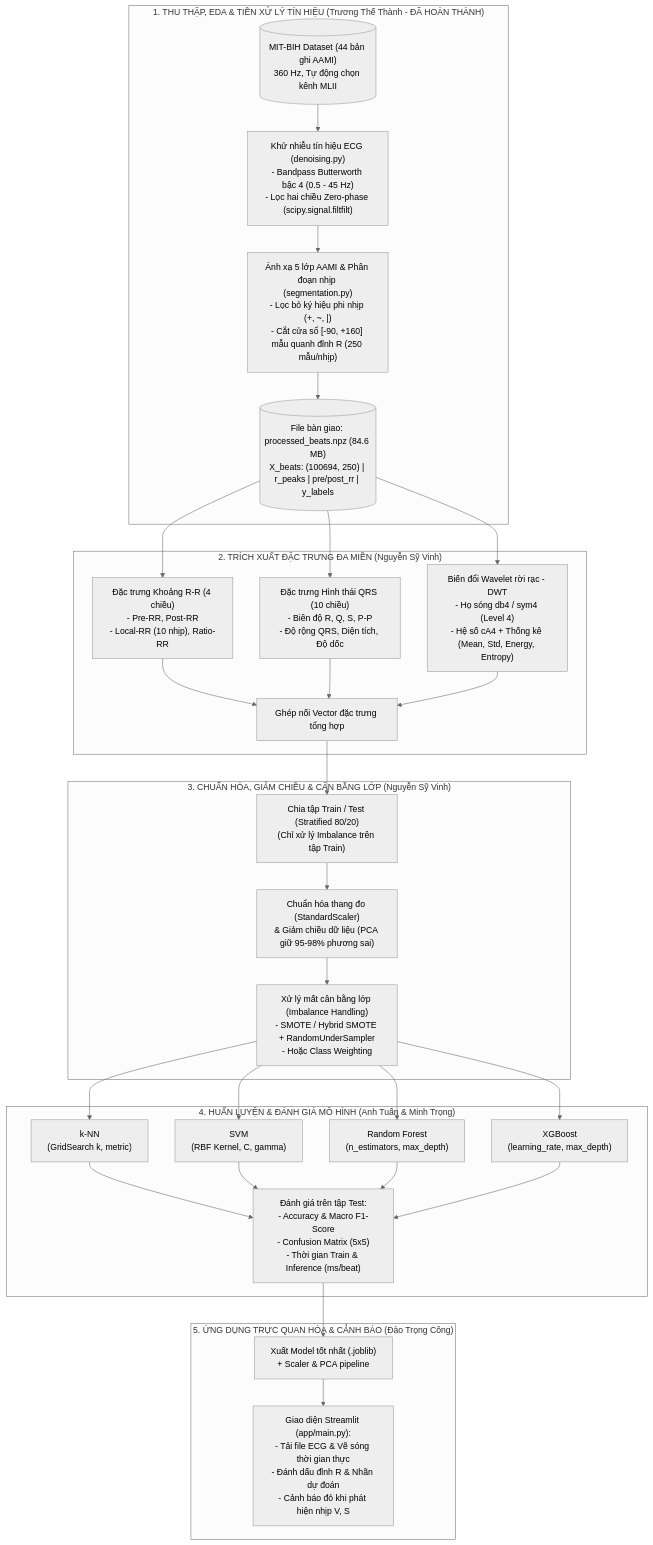
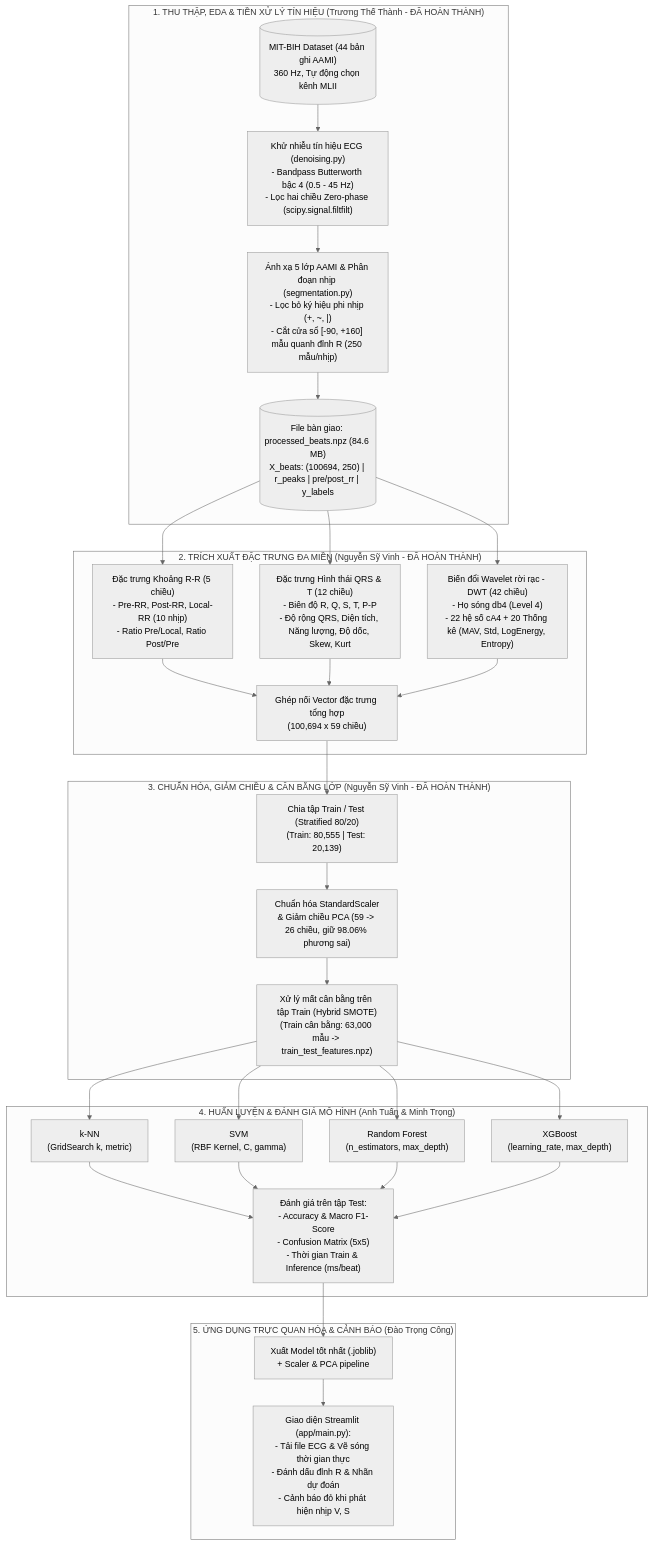
The diagram in overview.md (truntain/ECG-Arrhythmia-Classification), drawn with Mermaid (neutral theme) before and after one commit. The commit also changed other lines of this file and 6 other files, not shown here.

Commit message:
feat(features): implement RR, QRS morphology, Wavelet DWT, PCA, and Hybrid SMOTE (Module 2 - Vinh)

````diff
--- a/overview.md
+++ b/overview.md
@@ -62,34 +62,34 @@
 ```mermaid
 flowchart TD
     subgraph A ["1. THU THẬP, EDA & TIỀN XỬ LÝ TÍN HIỆU (Trương Thế Thành - ĐÃ HOÀN THÀNH)"]
         A1[("MIT-BIH Dataset (44 bản ghi AAMI)\n360 Hz, Tự động chọn kênh MLII")] --> A2["Khử nhiễu tín hiệu ECG (denoising.py)\n- Bandpass Butterworth bậc 4 (0.5 - 45 Hz)\n- Lọc hai chiều Zero-phase (scipy.signal.filtfilt)"]
         A2 --> A3["Ánh xạ 5 lớp AAMI & Phân đoạn nhịp (segmentation.py)\n- Lọc bỏ ký hiệu phi nhịp (+, ~, |)\n- Cắt cửa sổ [-90, +160] mẫu quanh đỉnh R (250 mẫu/nhịp)"]
         A3 --> A4[("File bàn giao: processed_beats.npz (84.6 MB)\nX_beats: (100694, 250) | r_peaks | pre/post_rr | y_labels")]
     end
 
-    subgraph B ["2. TRÍCH XUẤT ĐẶC TRƯNG ĐA MIỀN (Nguyễn Sỹ Vinh)"]
-        A4 --> B1["Đặc trưng Khoảng R-R (4 chiều)\n- Pre-RR, Post-RR\n- Local-RR (10 nhịp), Ratio-RR"]
-        A4 --> B2["Đặc trưng Hình thái QRS (10 chiều)\n- Biên độ R, Q, S, P-P\n- Độ rộng QRS, Diện tích, Độ dốc"]
-        A4 --> B3["Biến đổi Wavelet rời rạc - DWT\n- Họ sóng db4 / sym4 (Level 4)\n- Hệ số cA4 + Thống kê (Mean, Std, Energy, Entropy)"]
-        B1 & B2 & B3 --> B4["Ghép nối Vector đặc trưng tổng hợp"]
+    subgraph B ["2. TRÍCH XUẤT ĐẶC TRƯNG ĐA MIỀN (Nguyễn Sỹ Vinh - ĐÃ HOÀN THÀNH)"]
+        A4 --> B1["Đặc trưng Khoảng R-R (5 chiều)\n- Pre-RR, Post-RR, Local-RR (10 nhịp)\n- Ratio Pre/Local, Ratio Post/Pre"]
+        A4 --> B2["Đặc trưng Hình thái QRS & T (12 chiều)\n- Biên độ R, Q, S, T, P-P\n- Độ rộng QRS, Diện tích, Năng lượng, Độ dốc, Skew, Kurt"]
+        A4 --> B3["Biến đổi Wavelet rời rạc - DWT (42 chiều)\n- Họ sóng db4 (Level 4)\n- 22 hệ số cA4 + 20 Thống kê (MAV, Std, LogEnergy, Entropy)"]
+        B1 & B2 & B3 --> B4["Ghép nối Vector đặc trưng tổng hợp\n(100,694 x 59 chiều)"]
     end
 
-    subgraph C ["3. CHUẨN HÓA, GIẢM CHIỀU & CÂN BẰNG LỚP (Nguyễn Sỹ Vinh)"]
-        B4 --> C1["Chia tập Train / Test (Stratified 80/20)\n(Chỉ xử lý Imbalance trên tập Train)"]
-        C1 --> C2["Chuẩn hóa thang đo (StandardScaler)\n& Giảm chiều dữ liệu (PCA giữ 95-98% phương sai)"]
-        C2 --> C3["Xử lý mất cân bằng lớp (Imbalance Handling)\n- SMOTE / Hybrid SMOTE + RandomUnderSampler\n- Hoặc Class Weighting"]
+    subgraph C ["3. CHUẨN HÓA, GIẢM CHIỀU & CÂN BẰNG LỚP (Nguyễn Sỹ Vinh - ĐÃ HOÀN THÀNH)"]
+        B4 --> C1["Chia tập Train / Test (Stratified 80/20)\n(Train: 80,555 | Test: 20,139)"]
+        C1 --> C2["Chuẩn hóa StandardScaler\n& Giảm chiều PCA (59 -> 26 chiều, giữ 98.06% phương sai)"]
+        C2 --> C3["Xử lý mất cân bằng trên tập Train (Hybrid SMOTE)\n(Train cân bằng: 63,000 mẫu -> train_test_features.npz)"]
     end
 
     subgraph D ["4. HUẤN LUYỆN & ĐÁNH GIÁ MÔ HÌNH (Anh Tuấn & Minh Trọng)"]
         C3 --> D1["k-NN\n(GridSearch k, metric)"]
         C3 --> D2["SVM\n(RBF Kernel, C, gamma)"]
         C3 --> D3["Random Forest\n(n_estimators, max_depth)"]
         C3 --> D4["XGBoost\n(learning_rate, max_depth)"]
         D1 & D2 & D3 & D4 --> D5["Đánh giá trên tập Test:\n- Accuracy & Macro F1-Score\n- Confusion Matrix (5x5)\n- Thời gian Train & Inference (ms/beat)"]
     end
 
     subgraph E ["5. ỨNG DỤNG TRỰC QUAN HÓA & CẢNH BÁO (Đào Trọng Công)"]
         D5 --> E1["Xuất Model tốt nhất (.joblib)\n+ Scaler & PCA pipeline"]
         E1 --> E2["Giao diện Streamlit (app/main.py):\n- Tải file ECG & Vẽ sóng thời gian thực\n- Đánh dấu đỉnh R & Nhãn dự đoán\n- Cảnh báo đỏ khi phát hiện nhịp V, S"]
     end
 ```
````
